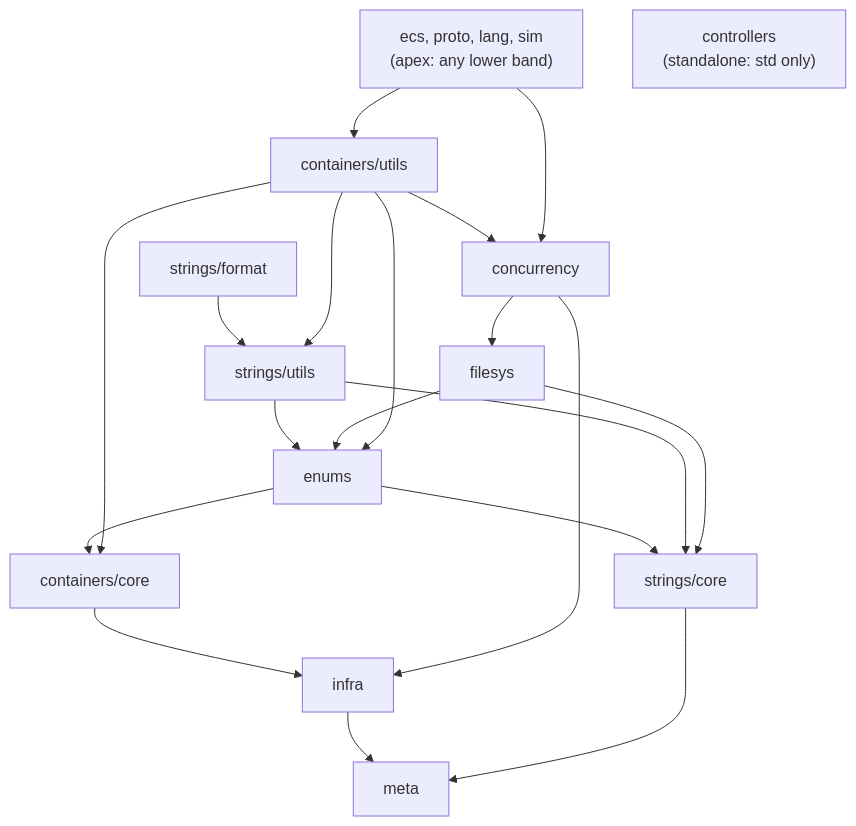
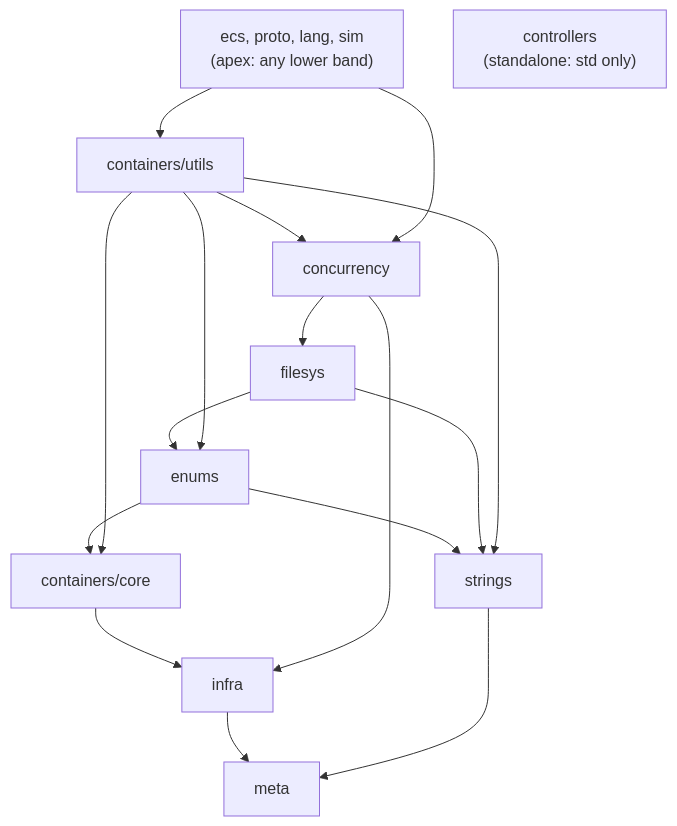
The diagram in corvid/deps.md (stevensudit/Corvid), drawn with Mermaid before and after one commit. The commit also changed other lines of this file and 71 other files, not shown here.

````diff
--- a/corvid/deps.md
+++ b/corvid/deps.md
@@ -120,34 +112,29 @@
 ```mermaid
 graph TD
     meta[meta]
     infra[infra]
-    strings_core["strings/core"]
+    strings[strings]
     containers_core["containers/core"]
     enums[enums]
-    strings_utils["strings/utils"]
-    strings_format["strings/format"]
     filesys[filesys]
     concurrency[concurrency]
     containers_utils["containers/utils"]
     apex["ecs, proto, lang, sim<br/>(apex: any lower band)"]
     controllers["controllers<br/>(standalone: std only)"]
 
     infra --> meta
-    strings_core --> meta
+    strings --> meta
     containers_core --> infra
-    enums --> strings_core
+    enums --> strings
     enums --> containers_core
-    strings_utils --> strings_core
-    strings_utils --> enums
-    strings_format --> strings_utils
-    filesys --> strings_core
+    filesys --> strings
     filesys --> enums
     concurrency --> infra
     concurrency --> filesys
     containers_utils --> containers_core
-    containers_utils --> strings_utils
+    containers_utils --> strings
     containers_utils --> enums
     containers_utils --> concurrency
     apex --> containers_utils
     apex --> concurrency
 ```
````
